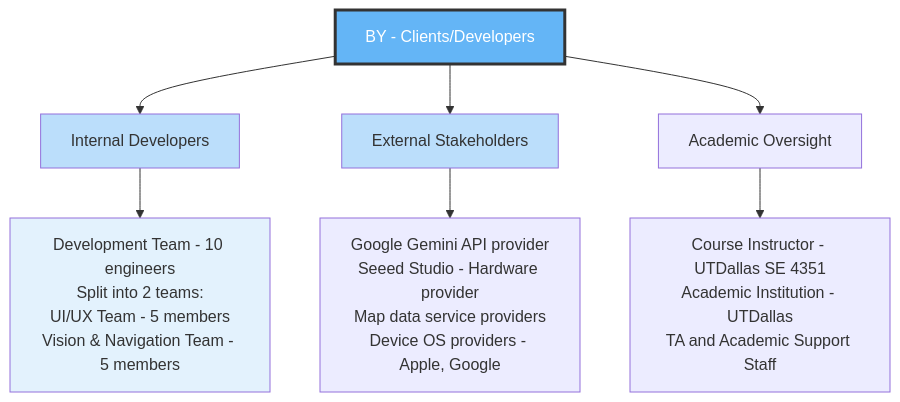
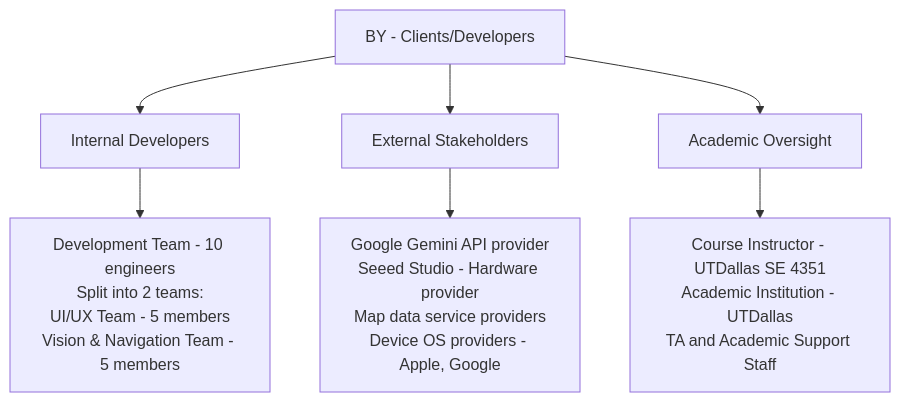
The third of 11 diagrams in docs/Project 2/WRS Project 2.md (phamleduy04/se4351-mobile-f25), drawn with Mermaid before and after one commit. The commit also changed other lines of this file, not shown here.

````diff
--- a/docs/Project 2/WRS Project 2.md
+++ b/docs/Project 2/WRS Project 2.md
@@ -71,27 +61,22 @@
 ```mermaid
 graph TB
     BY["BY - Clients/Developers"]
     
     INTERNAL["Internal Developers"]
     EXTERNAL["External Stakeholders"]
     OVERSIGHT["Academic Oversight"]
     
     BY --> INTERNAL
     BY --> EXTERNAL
     BY --> OVERSIGHT
     
     INTERNAL_DESC["Development Team - 10 engineers<br/>Split into 2 teams:<br/>UI/UX Team - 5 members<br/>Vision & Navigation Team - 5 members"]
     
     EXTERNAL_DESC["Google Gemini API provider<br/>Seeed Studio - Hardware provider<br/>Map data service providers<br/>Device OS providers - Apple, Google"]
     
     OVERSIGHT_DESC["Course Instructor - UTDallas SE 4351<br/>Academic Institution - UTDallas<br/>TA and Academic Support Staff"]
     
     INTERNAL --> INTERNAL_DESC
     EXTERNAL --> EXTERNAL_DESC
     OVERSIGHT --> OVERSIGHT_DESC
-    
-    style BY fill:#64B5F6,stroke:#333,stroke-width:3px,color:#fff
-    style INTERNAL fill:#BBDEFB
-    style EXTERNAL fill:#BBDEFB
-    style INTERNAL_DESC fill:#E3F2FD
 ```
````
